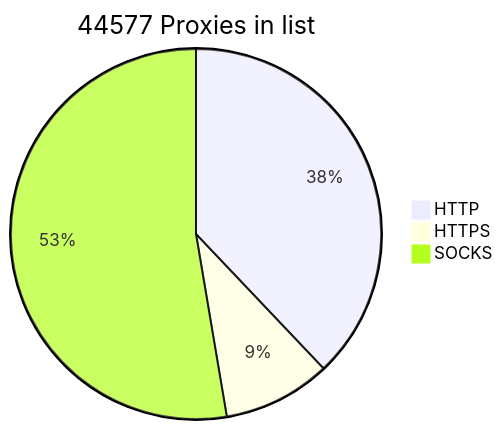
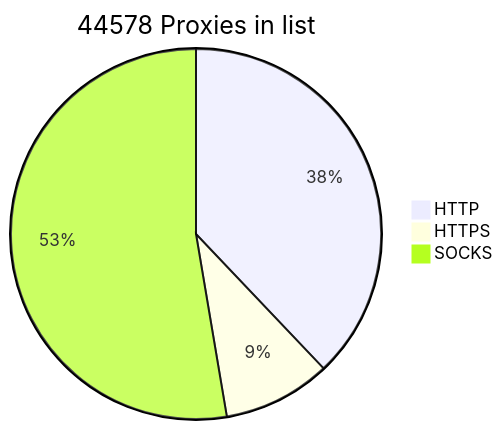
Before and after one commit to BlackSnowDot/proxylist-update-every-minute: the diagram in README.md, drawn with Mermaid.

````diff
--- a/README.md
+++ b/README.md
@@ -2,6 +2,6 @@
 ```mermaid
-pie title 44577 Proxies in list
+pie title 44578 Proxies in list
     "HTTP" : 18437
     "HTTPS": 4581
-    "SOCKS" : 25608
+    "SOCKS" : 25609
 ```
````
